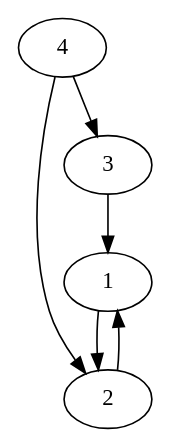
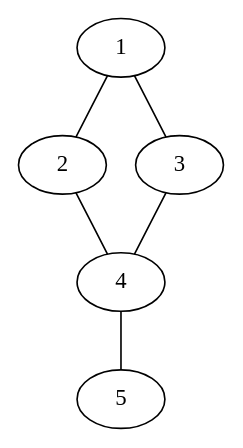
The diagram in src/graph.dot (RenatBogdanov/Struct2025_Lab_2), drawn with Graphviz before and after one commit. The commit also changed 4 other files, not shown here.

```diff
--- a/src/graph.dot
+++ b/src/graph.dot
@@ -1,9 +1,8 @@
-digraph test {
-
-    1 -> 2
-    2 -> 1
-    3 -> 1
-    4 -> 2
-    4 -> 3
-
+digraph G {
+edge [dir=none];
+    1 -> 2;
+    1 -> 3;
+    2 -> 4;
+    3 -> 4;
+    4 -> 5;
 }
```
